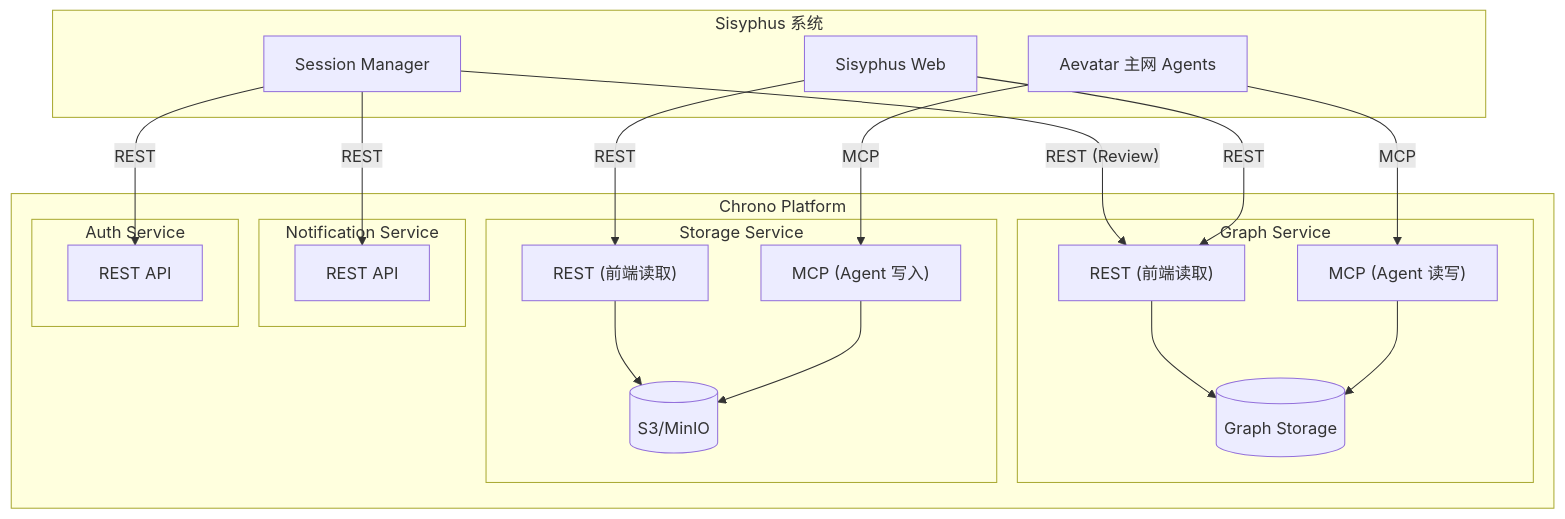
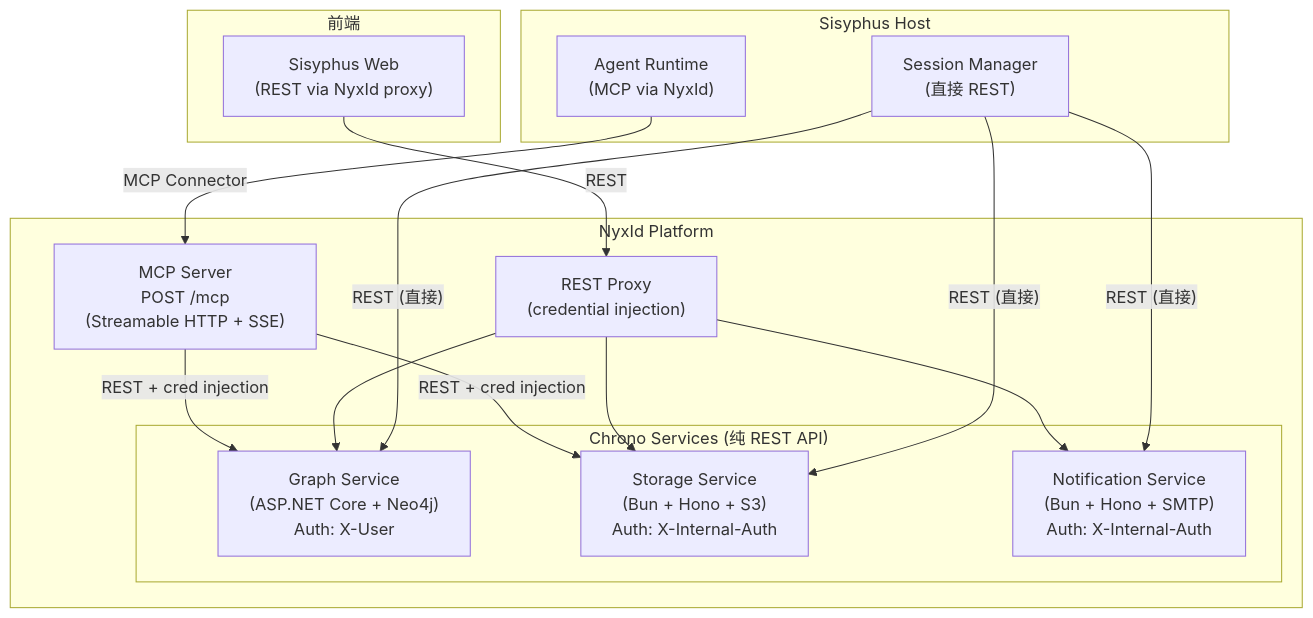
The ninth of 14 diagrams in apps/sisyphus/docs/Architecture.md (aevatarAI/aevatar), drawn with Mermaid before and after one commit. The commit also changed other lines of this file, not shown here.

Commit message:
Architecture update

````diff
--- a/apps/sisyphus/docs/Architecture.md
+++ b/apps/sisyphus/docs/Architecture.md
@@ -625,40 +801,29 @@
 ```mermaid
 graph TB
-    subgraph "Sisyphus 系统"
-        WEB["Sisyphus Web"]
-        SM["Session Manager"]
-        AGENTS["Aevatar 主网 Agents"]
+    subgraph "Sisyphus Host"
+        SM["Session Manager<br/>(直接 REST)"]
+        AGENTS["Agent Runtime<br/>(MCP via NyxId)"]
     end
 
-    subgraph "Chrono Platform"
-        subgraph "Graph Service"
-            GS_MCP["MCP (Agent 读写)"]
-            GS_REST["REST (前端读取)"]
-            GS_DB[("Graph Storage")]
-            GS_MCP & GS_REST --> GS_DB
+    subgraph "前端"
+        WEB["Sisyphus Web<br/>(REST via NyxId proxy)"]
+    end
+
+    subgraph "NyxId Platform"
+        NYXID_MCP["MCP Server<br/>POST /mcp<br/>(Streamable HTTP + SSE)"]
+        NYXID_PROXY["REST Proxy<br/>(credential injection)"]
+
+        subgraph "Chrono Services (纯 REST API)"
+            GS["Graph Service<br/>(ASP.NET Core + Neo4j)<br/>Auth: X-User"]
+            SS["Storage Service<br/>(Bun + Hono + S3)<br/>Auth: X-Internal-Auth"]
+            NS["Notification Service<br/>(Bun + Hono + SMTP)<br/>Auth: X-Internal-Auth"]
         end
 
-        subgraph "Storage Service"
-            SS_MCP["MCP (Agent 写入)"]
-            SS_REST["REST (前端读取)"]
-            SS_S3[("S3/MinIO")]
-            SS_MCP & SS_REST --> SS_S3
-        end
-
-        subgraph "Notification Service"
-            NS_API["REST API"]
-        end
-
-        subgraph "Auth Service"
-            AS_API["REST API"]
-        end
+        NYXID_MCP -->|"REST + cred injection"| GS & SS
+        NYXID_PROXY --> GS & SS & NS
     end
 
-    AGENTS -->|"MCP"| GS_MCP
-    AGENTS -->|"MCP"| SS_MCP
-    WEB -->|"REST"| GS_REST
-    WEB -->|"REST"| SS_REST
-    SM -->|"REST"| NS_API
-    SM -->|"REST"| AS_API
-    SM -->|"REST (Review)"| GS_REST
+    AGENTS -->|"MCP Connector"| NYXID_MCP
+    SM -->|"REST (直接)"| GS & SS & NS
+    WEB -->|"REST"| NYXID_PROXY
 ```
````
